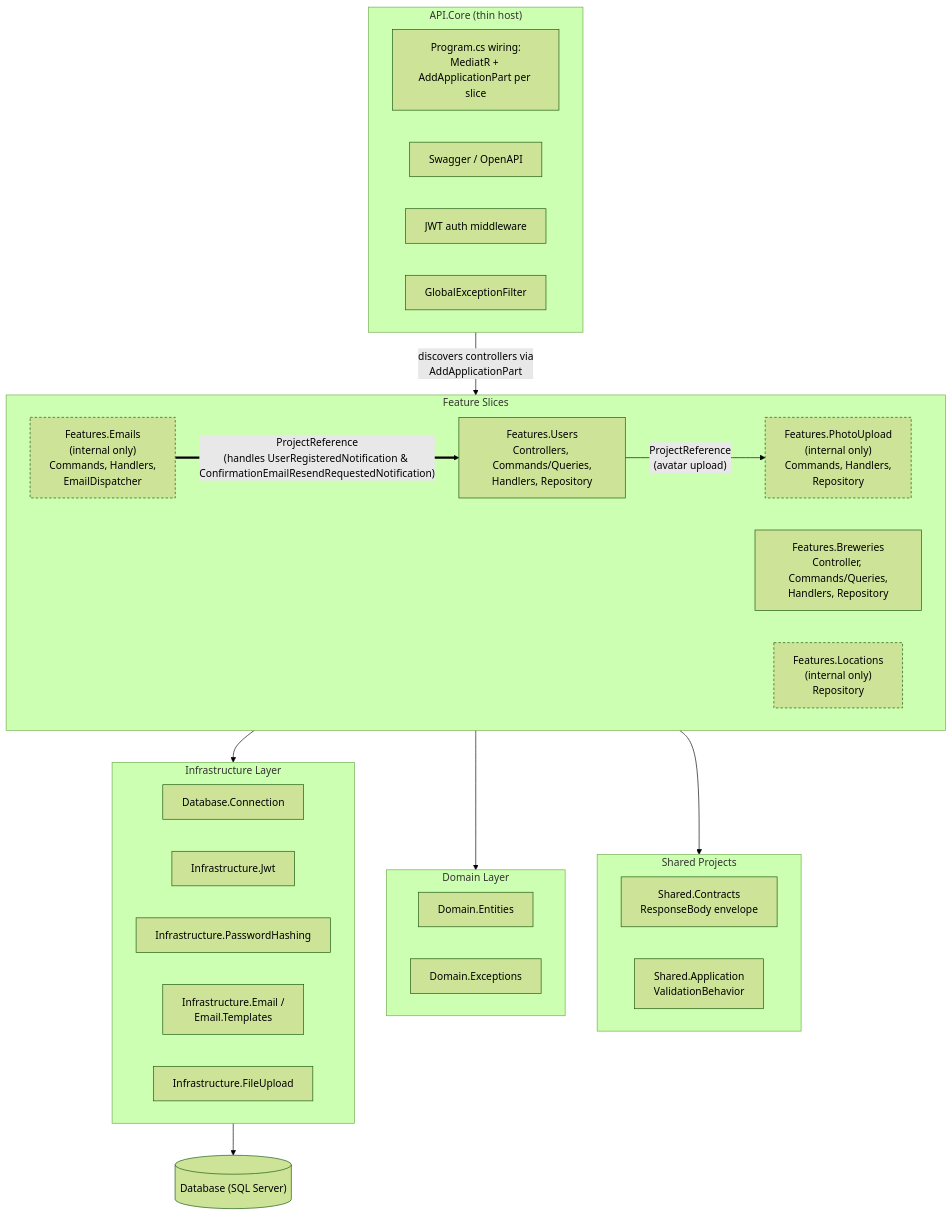
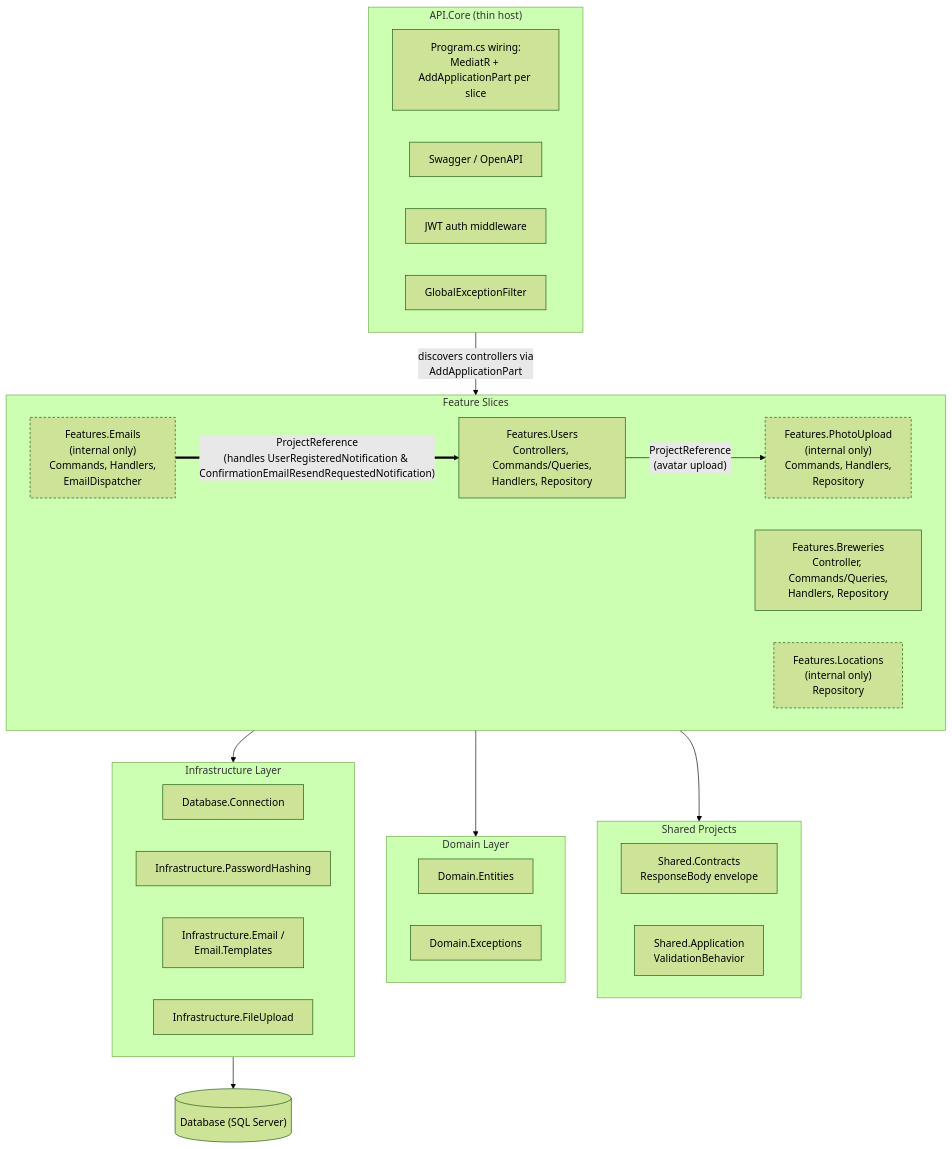
One commit to aaronpo97/the-biergarten-app changed the first of 2 diagrams in docs/web/architecture.md. Above: the diagram before and after it, drawn with Mermaid (forest theme). The commit also changed other lines of this file and 18 other files, not shown here.

Commit message:
Move Infrastructure.Jwt into Features.Users (#287)

````diff
--- a/docs/web/architecture.md
+++ b/docs/web/architecture.md
@@ -58,56 +58,55 @@
 ```mermaid
 flowchart TB
     subgraph HOST["API.Core (thin host)"]
         direction LR
         H1["Program.cs wiring:<br/>MediatR + AddApplicationPart per slice"]
         H2["Swagger / OpenAPI"]
         H3["JWT auth middleware"]
         H4["GlobalExceptionFilter"]
     end
 
     subgraph SLICES["Feature Slices"]
         direction LR
         S1["Features.Users<br/>Controllers, Commands/Queries,<br/>Handlers, Repository"]
         S2["Features.Breweries<br/>Controller, Commands/Queries,<br/>Handlers, Repository"]
         S3["Features.Emails<br/>(internal only)<br/>Commands, Handlers,<br/>EmailDispatcher"]
         S4["Features.Locations<br/>(internal only)<br/>Repository"]
         S5["Features.PhotoUpload<br/>(internal only)<br/>Commands, Handlers,<br/>Repository"]
     end
 
     subgraph SHARED["Shared Projects"]
         direction LR
         SH1["Shared.Contracts<br/>ResponseBody envelope"]
         SH2["Shared.Application<br/>ValidationBehavior"]
     end
 
     subgraph DOMAIN["Domain Layer"]
         direction LR
         D1["Domain.Entities"]
         D2["Domain.Exceptions"]
     end
 
     subgraph INFRA["Infrastructure Layer"]
         direction LR
         I1["Database.Connection"]
-        I2["Infrastructure.Jwt"]
         I3["Infrastructure.PasswordHashing"]
         I4["Infrastructure.Email /<br/>Email.Templates"]
         I5["Infrastructure.FileUpload"]
     end
 
     DB[("Database (SQL Server)")]
 
     HOST -- "discovers controllers via<br/>AddApplicationPart" --> SLICES
     S3 == "ProjectReference<br/>(handles UserRegisteredNotification & ConfirmationEmailResendRequestedNotification)" ==> S1
     S1 -- "ProjectReference<br/>(avatar upload)" --> S5
 
     SLICES --> SHARED
     SLICES --> DOMAIN
     SLICES --> INFRA
 
     INFRA --> DB
 
     style S3 stroke-dasharray: 4 3
     style S4 stroke-dasharray: 4 3
     style S5 stroke-dasharray: 4 3
 ```
````
